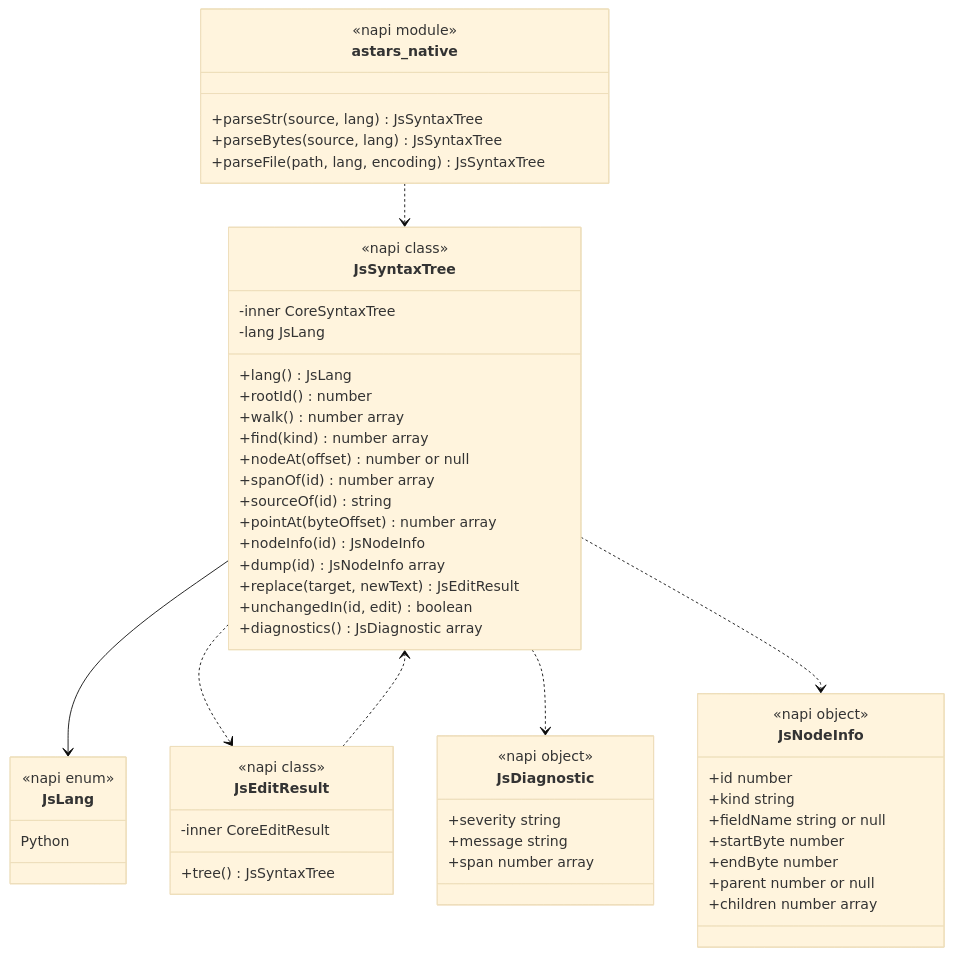
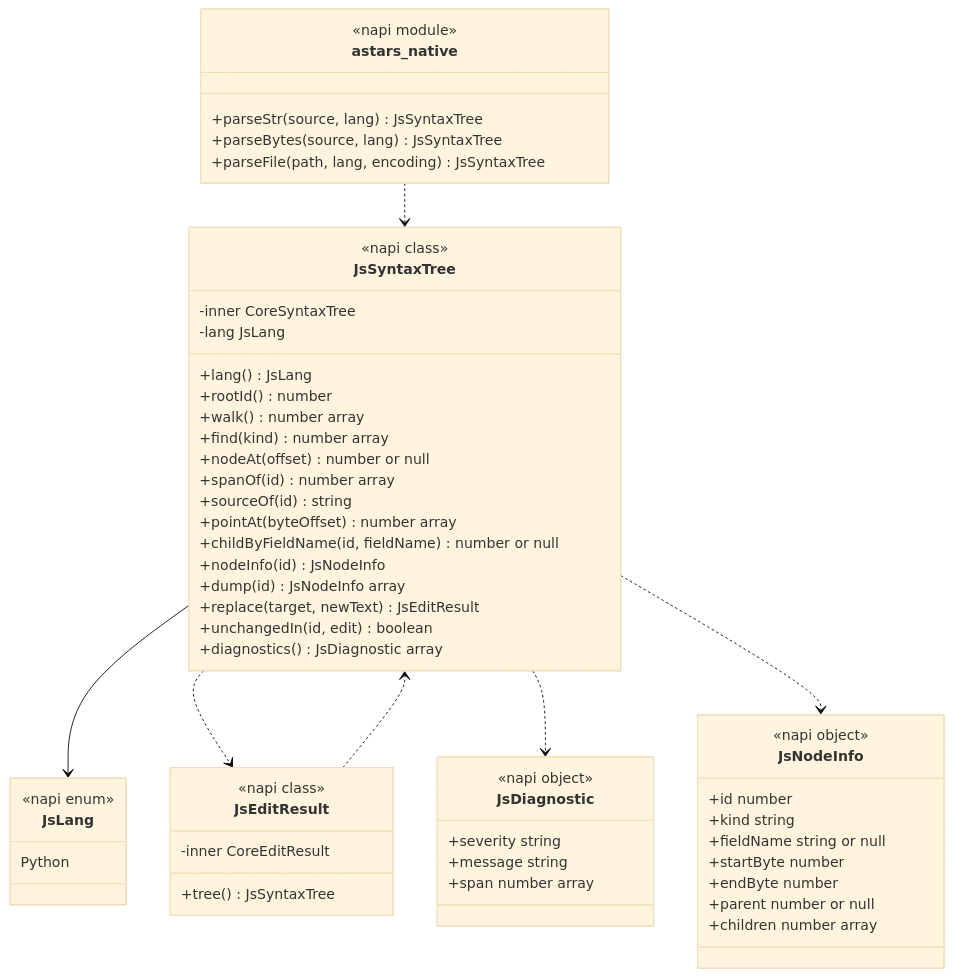
Before and after one commit to xwasoux/astars: the third of 4 diagrams in docs/architecture/ARCHITECTURE.ja.md, drawn with Mermaid (base theme). The commit also changed other lines of this file and 8 other files, not shown here.

````diff
--- a/docs/architecture/ARCHITECTURE.ja.md
+++ b/docs/architecture/ARCHITECTURE.ja.md
@@ -201,59 +204,60 @@
 ```mermaid
 classDiagram
     class JsLang {
         <<napi enum>>
         Python
     }
     class JsNodeInfo {
         <<napi object>>
         +id number
         +kind string
         +fieldName string or null
         +startByte number
         +endByte number
         +parent number or null
         +children number array
     }
     class JsDiagnostic {
         <<napi object>>
         +severity string
         +message string
         +span number array
     }
     class JsSyntaxTree {
         <<napi class>>
         -inner CoreSyntaxTree
         -lang JsLang
         +lang() JsLang
         +rootId() number
         +walk() number array
         +find(kind) number array
         +nodeAt(offset) number or null
         +spanOf(id) number array
         +sourceOf(id) string
         +pointAt(byteOffset) number array
+        +childByFieldName(id, fieldName) number or null
         +nodeInfo(id) JsNodeInfo
         +dump(id) JsNodeInfo array
         +replace(target, newText) JsEditResult
         +unchangedIn(id, edit) boolean
         +diagnostics() JsDiagnostic array
     }
     class JsEditResult {
         <<napi class>>
         -inner CoreEditResult
         +tree() JsSyntaxTree
     }
     class astars_native {
         <<napi module>>
         +parseStr(source, lang) JsSyntaxTree
         +parseBytes(source, lang) JsSyntaxTree
         +parseFile(path, lang, encoding) JsSyntaxTree
     }
 
     astars_native ..> JsSyntaxTree
     JsSyntaxTree --> JsLang
     JsSyntaxTree ..> JsEditResult
     JsEditResult ..> JsSyntaxTree
     JsSyntaxTree ..> JsDiagnostic
     JsSyntaxTree ..> JsNodeInfo
 ```
````
